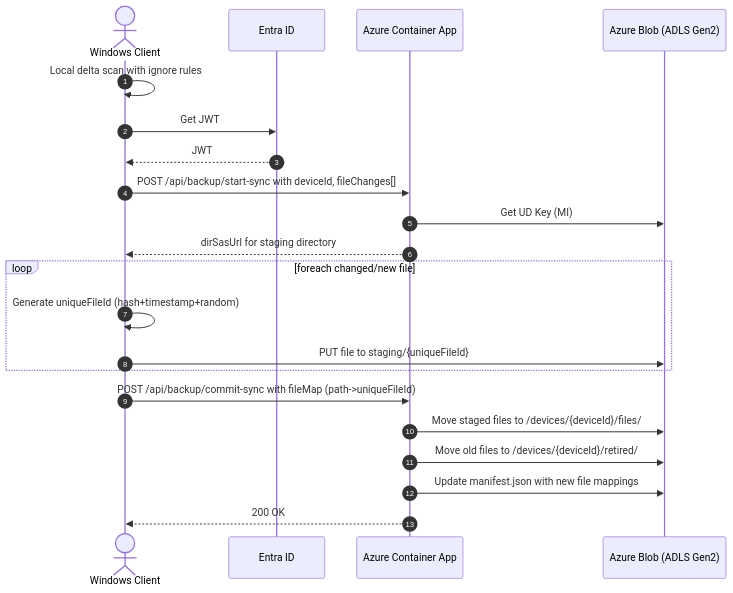
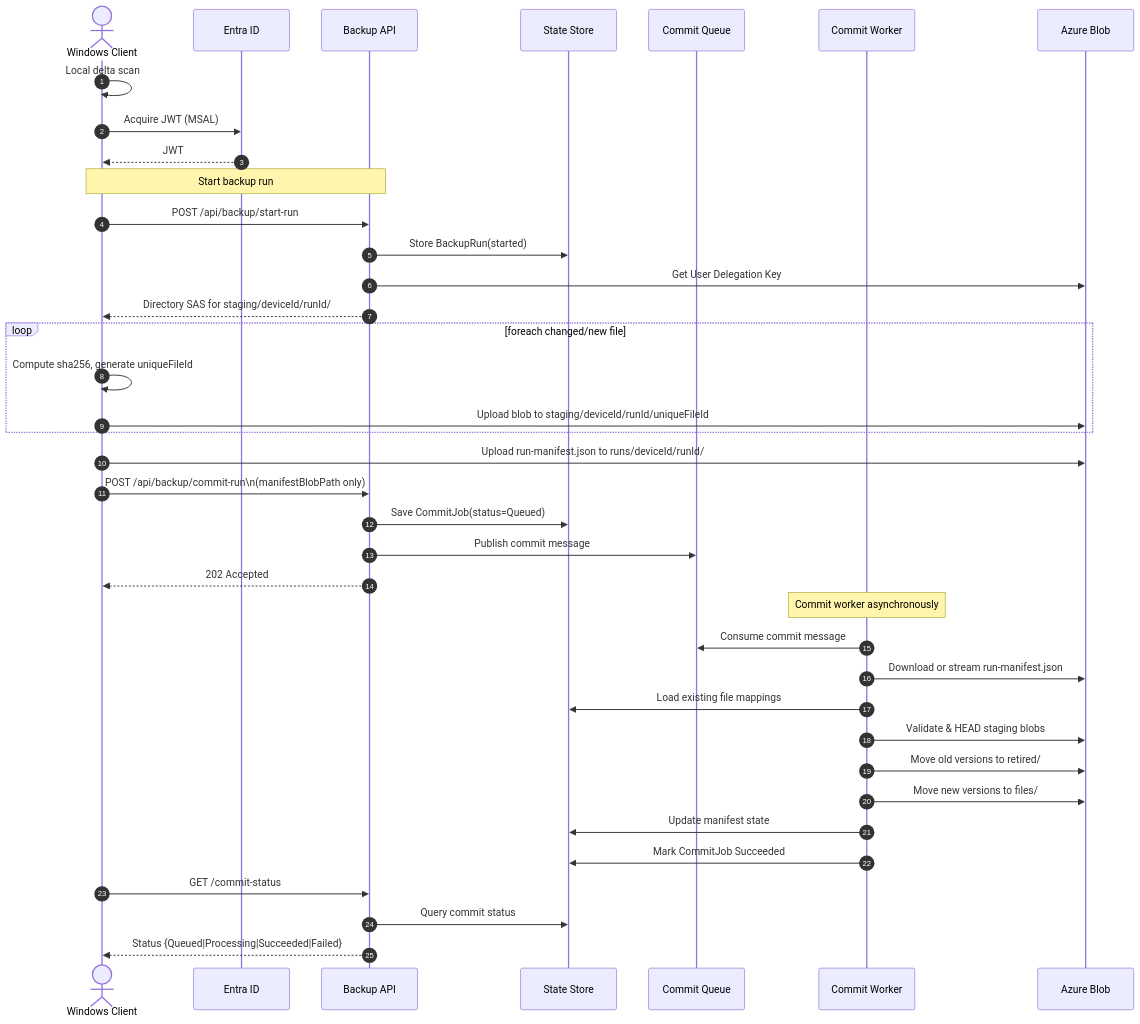
Before and after one commit to FlorisDeVries/stowhaven: the second of 3 diagrams in doc/TECHNICAL_DESIGN.md, drawn with Mermaid. The commit also changed other lines of this file and 9 other files, not shown here.

````diff
--- a/doc/TECHNICAL_DESIGN.md
+++ b/doc/TECHNICAL_DESIGN.md
@@ -86,27 +144,49 @@
 ```mermaid
 sequenceDiagram
     autonumber
     actor C as Windows Client
     participant E as Entra ID
-    participant F as Azure Container App
-    participant B as Azure Blob (ADLS Gen2)
+    participant A as Backup API
+    participant S as State Store
+    participant Q as Commit Queue
+    participant W as Commit Worker
+    participant B as Azure Blob
 
-    C->>C: Local delta scan with ignore rules
-    C->>E: Get JWT
+    C->>C: Local delta scan
+    C->>E: Acquire JWT (MSAL)
     E-->>C: JWT
 
-    C->>F: POST /api/backup/start-sync with deviceId, fileChanges[]
-    F->>B: Get UD Key (MI)
-    F-->>C: dirSasUrl for staging directory
+    Note over C,A: Start backup run
+
+    C->>A: POST /api/backup/start-run
+    A->>S: Store BackupRun(started)
+    A->>B: Get User Delegation Key
+    A-->>C: Directory SAS for staging/deviceId/runId/
 
     loop foreach changed/new file
-      C->>C: Generate uniqueFileId (hash+timestamp+random)
-      C->>B: PUT file to staging/{uniqueFileId}
+      C->>C: Compute sha256, generate uniqueFileId
+      C->>B: Upload blob to staging/deviceId/runId/uniqueFileId
     end
 
-    C->>F: POST /api/backup/commit-sync with fileMap (path->uniqueFileId)
-    F->>B: Move staged files to /devices/{deviceId}/files/
-    F->>B: Move old files to /devices/{deviceId}/retired/
-    F->>B: Update manifest.json with new file mappings
-    F-->>C: 200 OK
+    C->>B: Upload run-manifest.json to runs/deviceId/runId/
+
+    C->>A: POST /api/backup/commit-run\n(manifestBlobPath only)
+    A->>S: Save CommitJob(status=Queued)
+    A->>Q: Publish commit message
+    A-->>C: 202 Accepted
+
+    Note over W: Commit worker asynchronously
+
+    W->>Q: Consume commit message
+    W->>B: Download or stream run-manifest.json
+    W->>S: Load existing file mappings
+    W->>B: Validate & HEAD staging blobs
+    W->>B: Move old versions to retired/
+    W->>B: Move new versions to files/
+    W->>S: Update manifest state
+    W->>S: Mark CommitJob Succeeded
+
+    C->>A: GET /commit-status
+    A->>S: Query commit status
+    A-->>C: Status {Queued|Processing|Succeeded|Failed}
 ```
````
